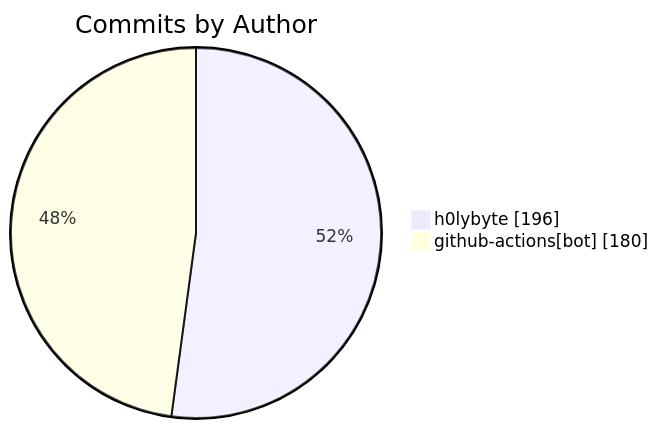
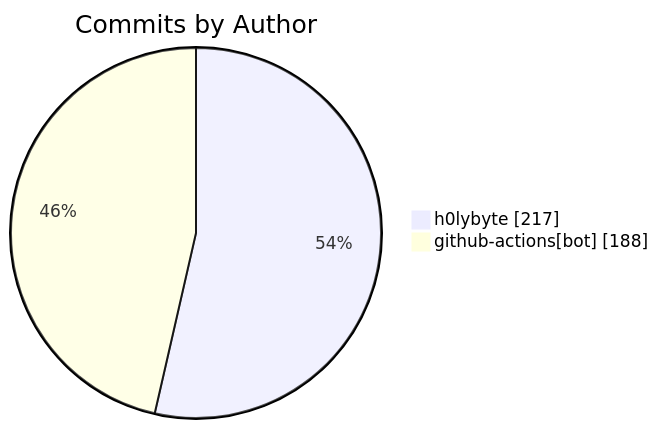
The diagram in apps/kbve/astro-kbve/src/content/docs/dashboard/activity.mdx (KBVE/kbve), drawn with Mermaid before and after one commit. The commit also changed other lines of this file and 1 other file, not shown here.

````diff
--- a/apps/kbve/astro-kbve/src/content/docs/dashboard/activity.mdx
+++ b/apps/kbve/astro-kbve/src/content/docs/dashboard/activity.mdx
@@ -116,6 +116,6 @@
 ```mermaid
 pie showData
     title Commits by Author
-    "h0lybyte" : 196
-    "github-actions[bot]" : 180
+    "h0lybyte" : 217
+    "github-actions[bot]" : 188
 ```
````
